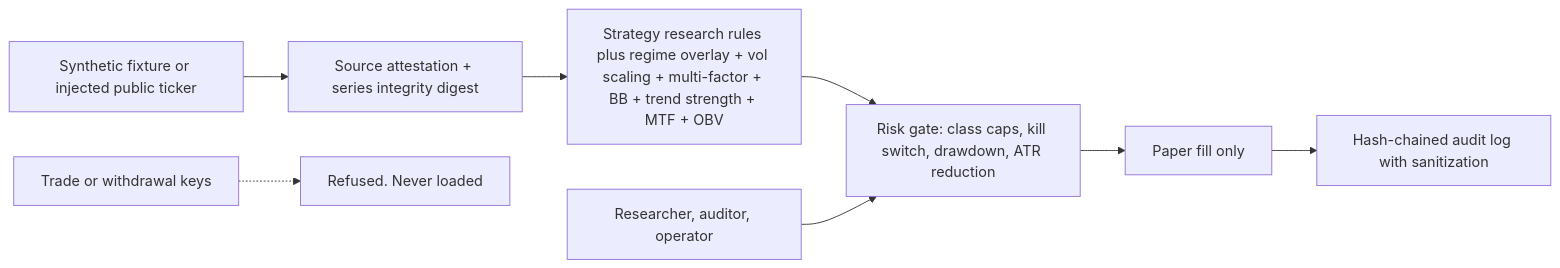
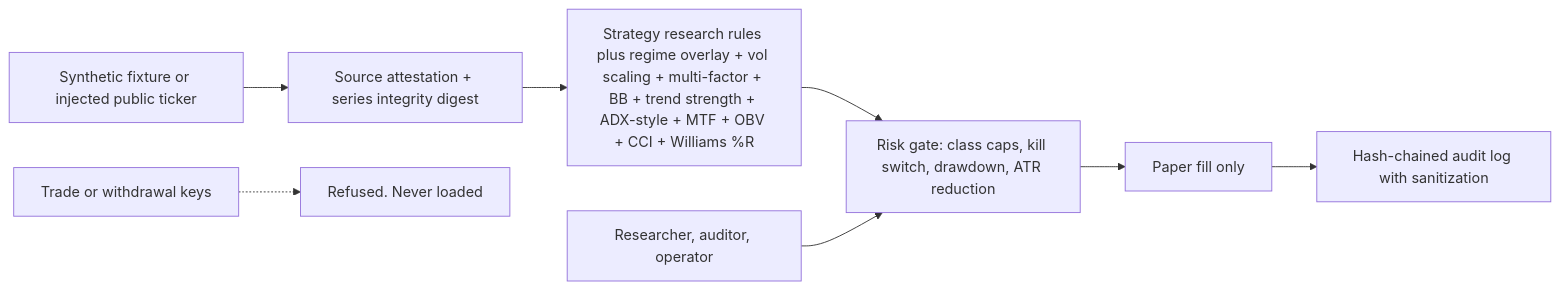
One commit to kkzee92/aixtech-crypto-intel changed the diagram in docs/security-architecture.md. Above: the diagram before and after it, drawn with Mermaid. The commit also changed other lines of this file and 1 other file, not shown here.

Commit message:
Update strategies and security docs for v0.16 ADX proxy and residency notes

````diff
--- a/docs/security-architecture.md
+++ b/docs/security-architecture.md
@@ -7,10 +7,10 @@
 ```mermaid
 flowchart LR
     F["Synthetic fixture or injected public ticker"] --> AT["Source attestation + series integrity digest"]
-    AT --> S["Strategy research rules plus regime overlay + vol scaling + multi-factor + BB + trend strength + MTF + OBV"]
+    AT --> S["Strategy research rules plus regime overlay + vol scaling + multi-factor + BB + trend strength + ADX-style + MTF + OBV + CCI + Williams %R"]
     S --> R["Risk gate: class caps, kill switch, drawdown, ATR reduction"]
     R --> P["Paper fill only"]
     P --> A["Hash-chained audit log with sanitization"]
     K["Trade or withdrawal keys"] -.-> X["Refused. Never loaded"]
     RBAC["Researcher, auditor, operator"] --> R
 ```
````
